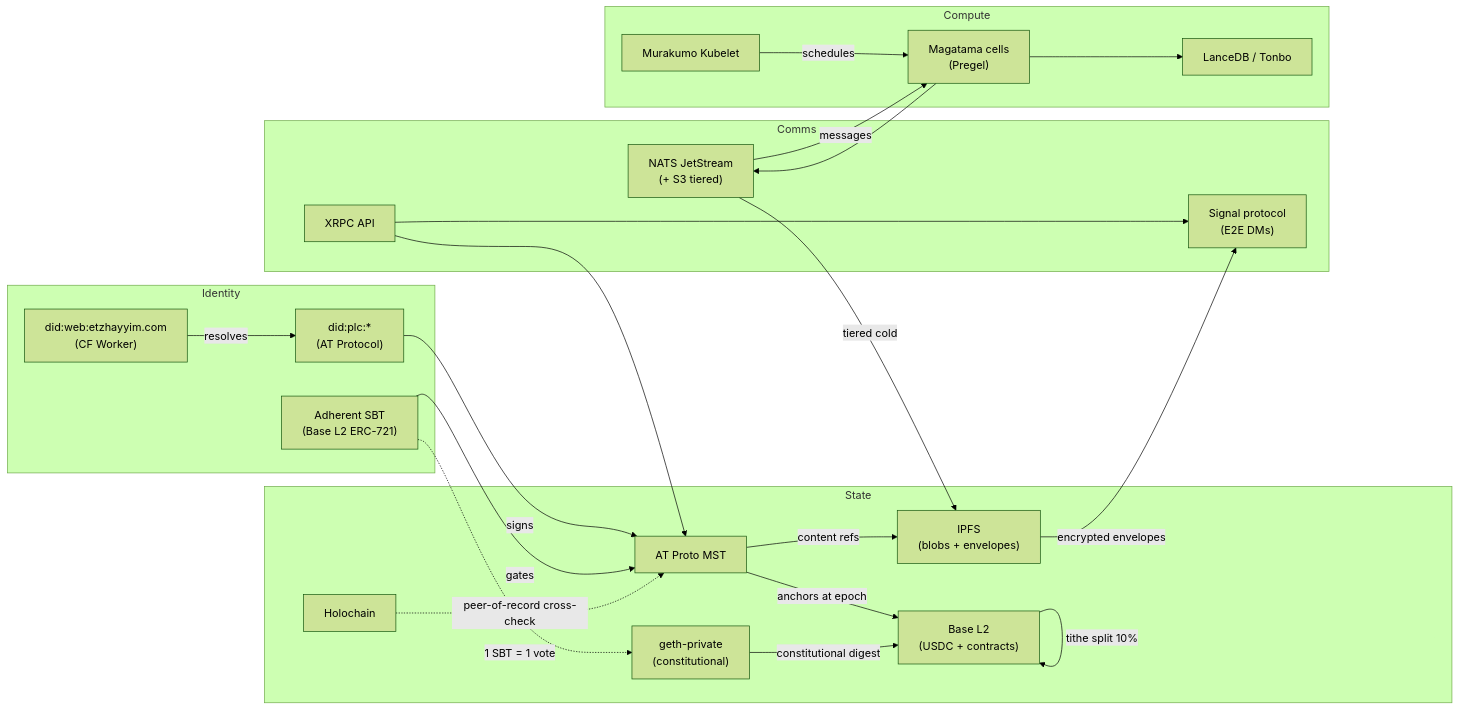
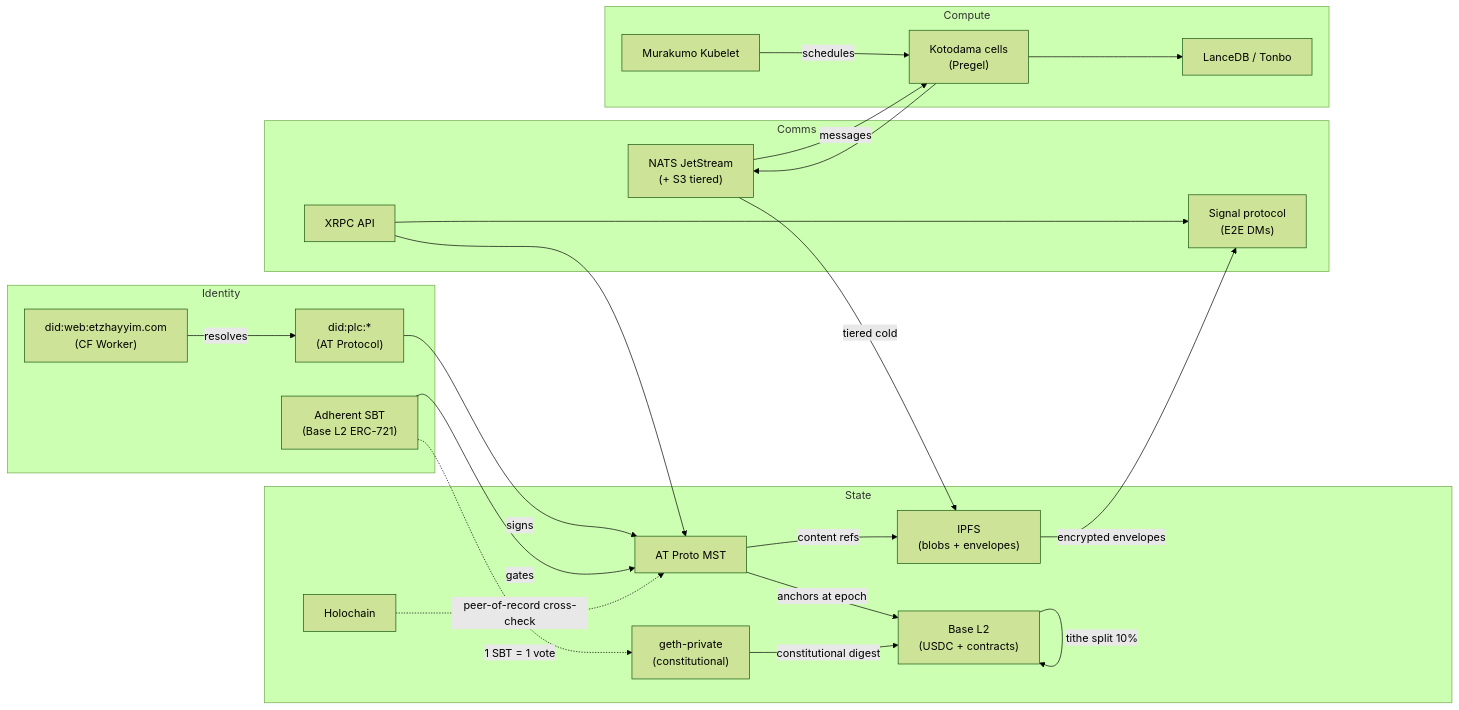
Before and after one commit to etzhayyim/root: the diagram in 90-docs/2605220210-substrate-symbiosis-map.md, drawn with Mermaid (forest theme). The commit also changed other lines of this file and 35651 other files, not shown here.

````diff
--- a/90-docs/2605220210-substrate-symbiosis-map.md
+++ b/90-docs/2605220210-substrate-symbiosis-map.md
@@ -34,46 +34,46 @@
 ```mermaid
 flowchart LR
   subgraph Identity
     DIDW["did:web:etzhayyim.com\n(CF Worker)"]
     DIDPLC["did:plc:*\n(AT Protocol)"]
     SBT["Adherent SBT\n(Base L2 ERC-721)"]
   end
 
   subgraph State
     MST["AT Proto MST"]
     IPFS["IPFS\n(blobs + envelopes)"]
     HOLO["Holochain"]
     GETHP["geth-private\n(constitutional)"]
     BASEL2["Base L2\n(USDC + contracts)"]
   end
 
   subgraph Comms
     XRPC["XRPC API"]
     NATS["NATS JetStream\n(+ S3 tiered)"]
     SIG["Signal protocol\n(E2E DMs)"]
   end
 
   subgraph Compute
     MURA["Murakumo Kubelet"]
-    MAGA["Magatama cells\n(Pregel)"]
+    MAGA["Kotodama cells\n(Pregel)"]
     LANCE["LanceDB / Tonbo"]
   end
 
   DIDW -->|resolves| DIDPLC
   DIDPLC -->|signs| MST
   SBT -->|gates| MST
   MST -->|anchors at epoch| BASEL2
   MST -->|content refs| IPFS
   IPFS -->|encrypted envelopes| SIG
   HOLO -.->|peer-of-record cross-check| MST
   GETHP -->|constitutional digest| BASEL2
   BASEL2 -->|tithe split 10%| BASEL2
   XRPC --> MST
   XRPC --> SIG
   NATS -->|messages| MAGA
   NATS -->|tiered cold| IPFS
   MAGA --> LANCE
   MAGA --> NATS
   MURA -->|schedules| MAGA
   SBT -.->|1 SBT = 1 vote| GETHP
 ```
````
